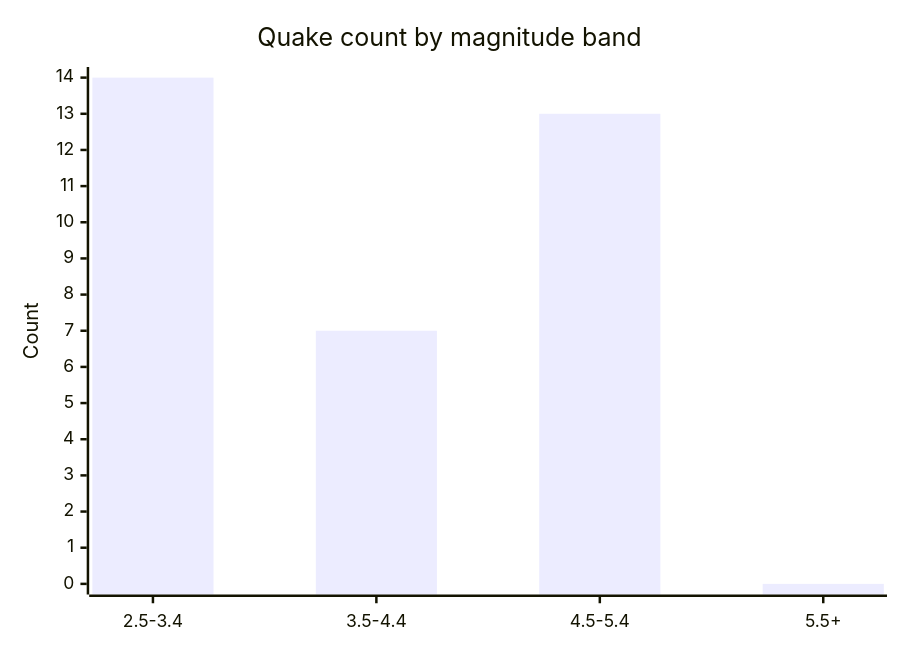
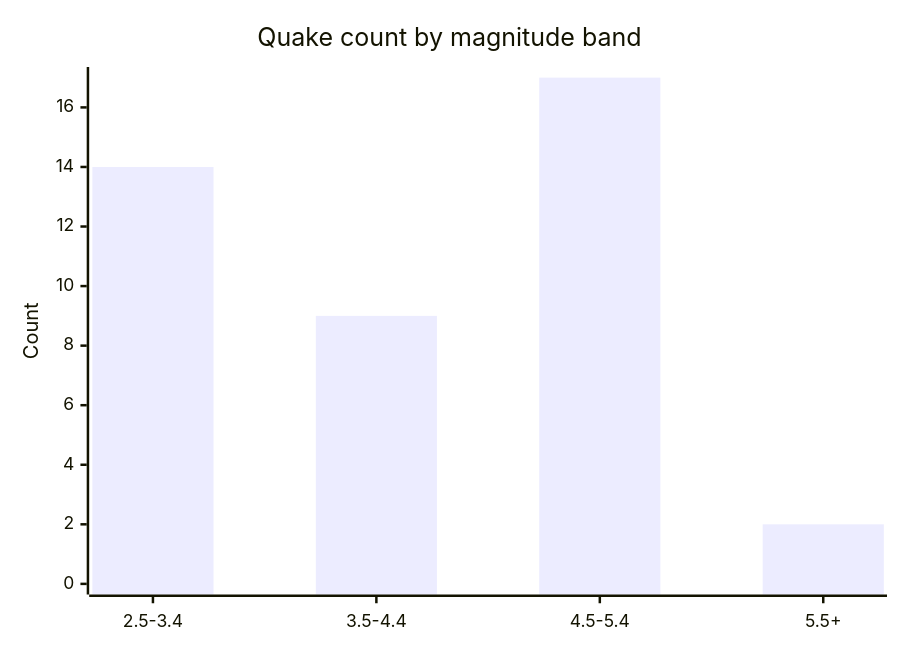
One commit to Midwest-Stratospheric/aerostratospheric-defense-gir changed the fifth of 6 diagrams in docs/GRAPHS.md. Above: the diagram before and after it, drawn with Mermaid. The commit also changed other lines of this file and 23 other files, not shown here.

````diff
--- a/docs/GRAPHS.md
+++ b/docs/GRAPHS.md
@@ -82,7 +82,7 @@
 ```mermaid
 xychart-beta
   title "Quake count by magnitude band"
   x-axis ["2.5-3.4", "3.5-4.4", "4.5-5.4", "5.5+"]
-  y-axis "Count" 0 --> 14
-  bar [14, 7, 13, 0]
+  y-axis "Count" 0 --> 17
+  bar [14, 9, 17, 2]
 ```
````
